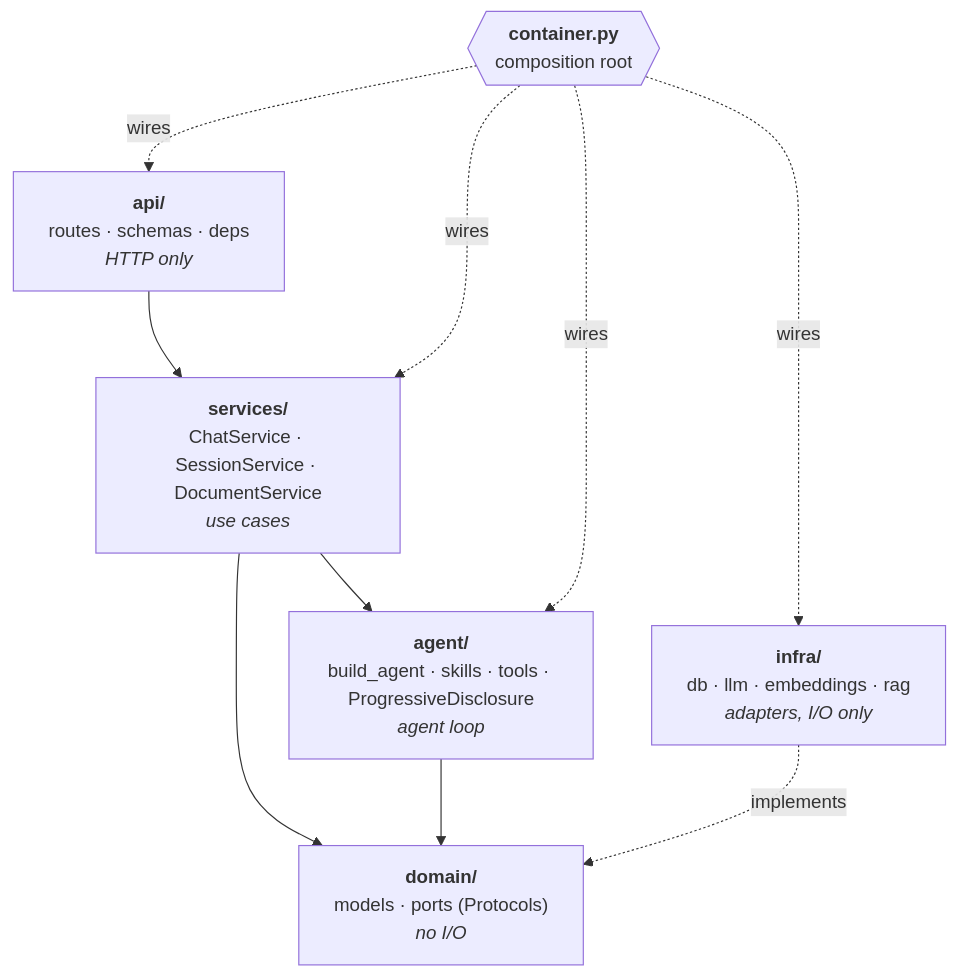
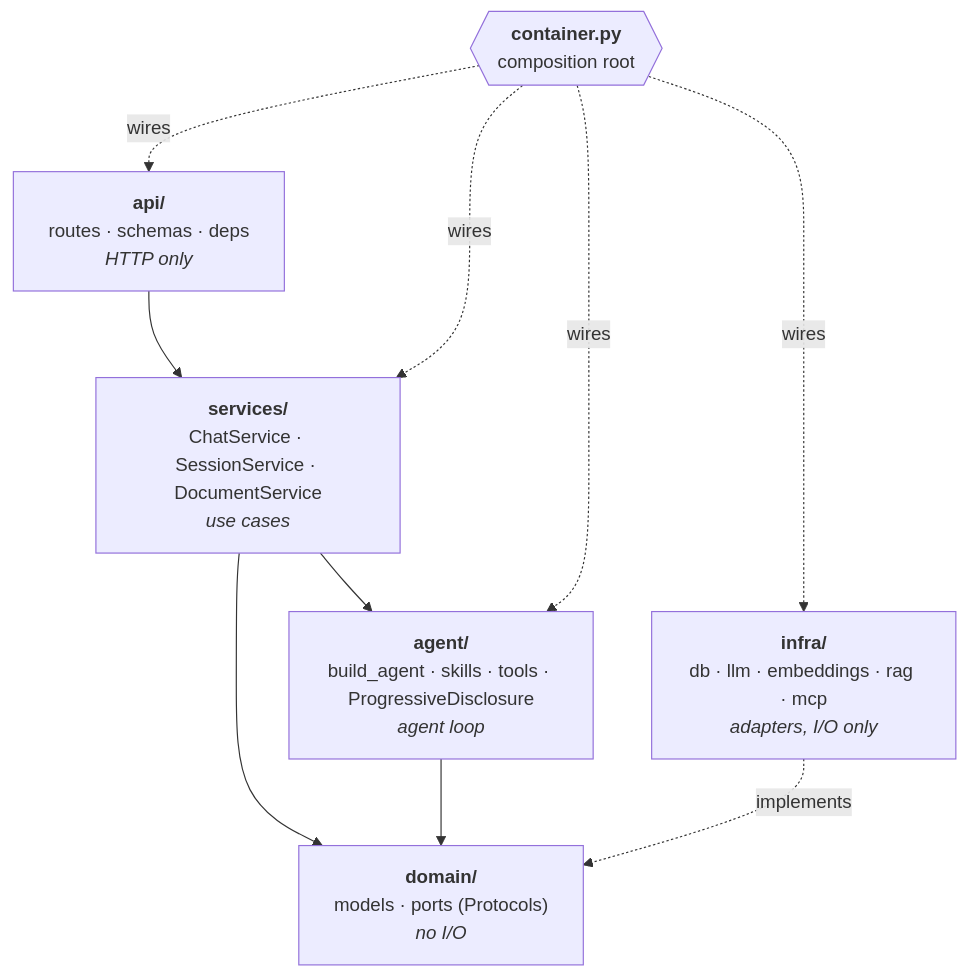
One commit to reddybharat/sidekick changed the second of 6 diagrams in docs/ARCHITECTURE.md. Above: the diagram before and after it, drawn with Mermaid. The commit also changed other lines of this file and 32 other files, not shown here.

````diff
--- a/docs/ARCHITECTURE.md
+++ b/docs/ARCHITECTURE.md
@@ -48,19 +50,19 @@
 ```mermaid
 flowchart TB
     api["<b>api/</b><br/>routes · schemas · deps<br/><i>HTTP only</i>"]
     services["<b>services/</b><br/>ChatService · SessionService · DocumentService<br/><i>use cases</i>"]
     agent["<b>agent/</b><br/>build_agent · skills · tools · ProgressiveDisclosure<br/><i>agent loop</i>"]
     domain["<b>domain/</b><br/>models · ports (Protocols)<br/><i>no I/O</i>"]
-    infra["<b>infra/</b><br/>db · llm · embeddings · rag<br/><i>adapters, I/O only</i>"]
+    infra["<b>infra/</b><br/>db · llm · embeddings · rag · mcp<br/><i>adapters, I/O only</i>"]
     container{{"<b>container.py</b><br/>composition root"}}
 
     api --> services
     services --> domain
     services --> agent
     agent --> domain
     infra -. implements .-> domain
     container -. wires .-> api
     container -. wires .-> services
     container -. wires .-> agent
     container -. wires .-> infra
 ```
````
